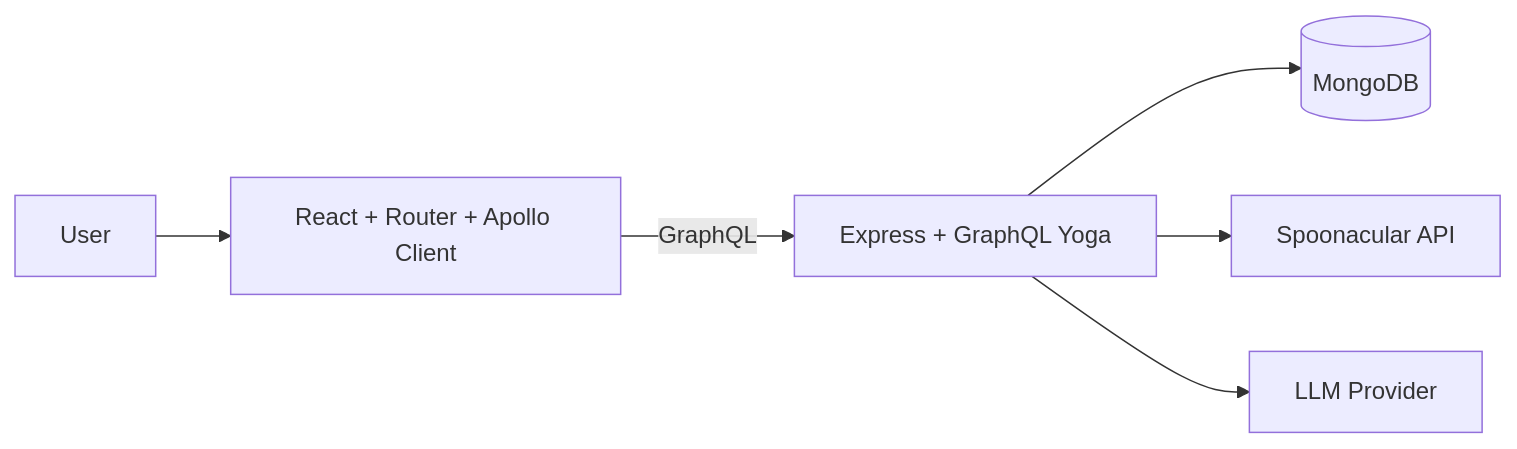
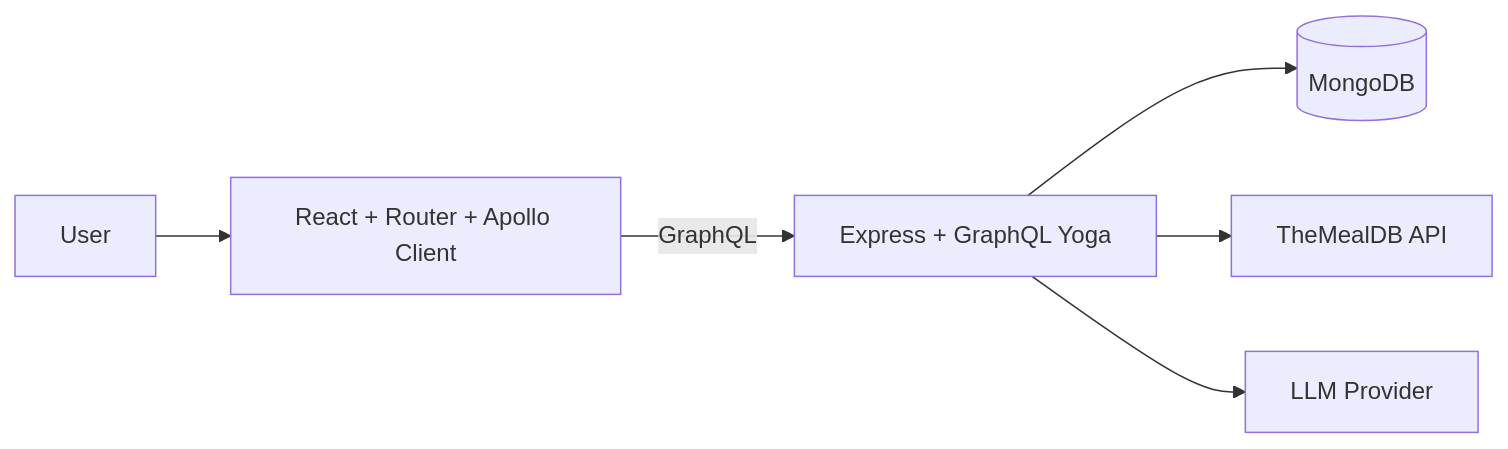
One commit to Nehaenko/meal-prep-app changed the first of 4 diagrams in README.md. Above: the diagram before and after it, drawn with Mermaid. The commit also changed other lines of this file and 13 other files, not shown here.

````diff
--- a/README.md
+++ b/README.md
@@ -39,15 +39,15 @@
 ```mermaid
 flowchart LR
   user[User]
   web[React + Router + Apollo Client]
   api[Express + GraphQL Yoga]
   db[(MongoDB)]
-  spoon[Spoonacular API]
+  mealdb[TheMealDB API]
   llm[LLM Provider]
 
   user --> web
   web -->|GraphQL| api
   api --> db
-  api --> spoon
+  api --> mealdb
   api --> llm
 ```
````
